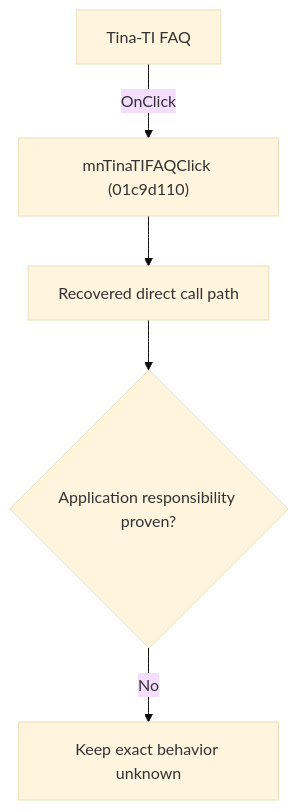
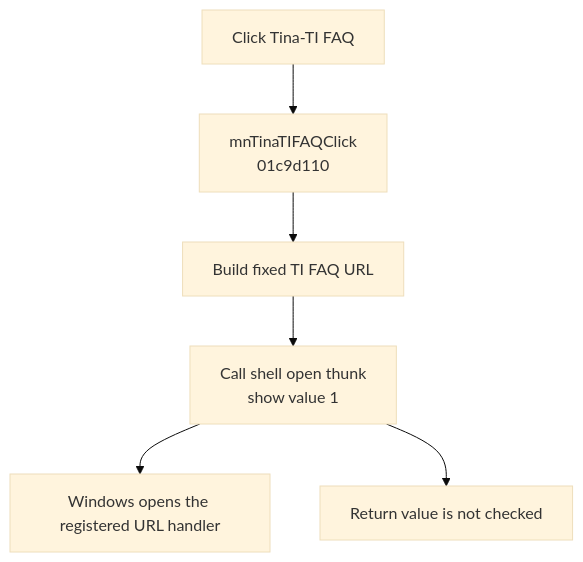
One commit to MovGP0/TIARA changed the diagram in docs/ui-controls/schematiceditor/mntinatifaq-5610136325.md. Above: the diagram before and after it, drawn with Mermaid (base theme). The commit also changed other lines of this file and 241 other files, not shown here.

````diff
--- a/docs/ui-controls/schematiceditor/mntinatifaq-5610136325.md
+++ b/docs/ui-controls/schematiceditor/mntinatifaq-5610136325.md
@@ -27,7 +29,8 @@
 ```mermaid
 flowchart TD
-    control["Tina-TI FAQ"] -->|"OnClick"| handler["mnTinaTIFAQClick (01c9d110)"]
-    handler --> recovered["Recovered direct call path"]
-    recovered --> gap{"Application responsibility proven?"}
-    gap -->|"No"| blocked["Keep exact behavior unknown"]
+    Control["Click Tina-TI FAQ"] --> Handler["mnTinaTIFAQClick<br/>01c9d110"]
+    Handler --> Url["Build fixed TI FAQ URL"]
+    Url --> Shell["Call shell open thunk<br/>show value 1"]
+    Shell --> Default["Windows opens the registered URL handler"]
+    Shell --> Ignore["Return value is not checked"]
 ```
````
